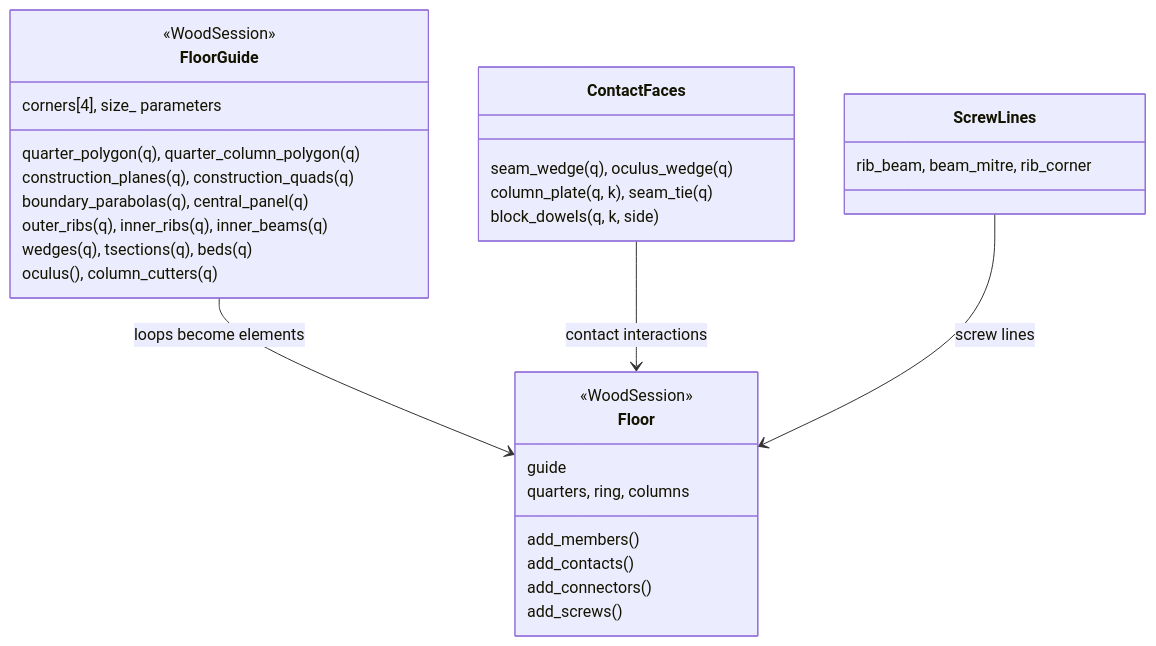
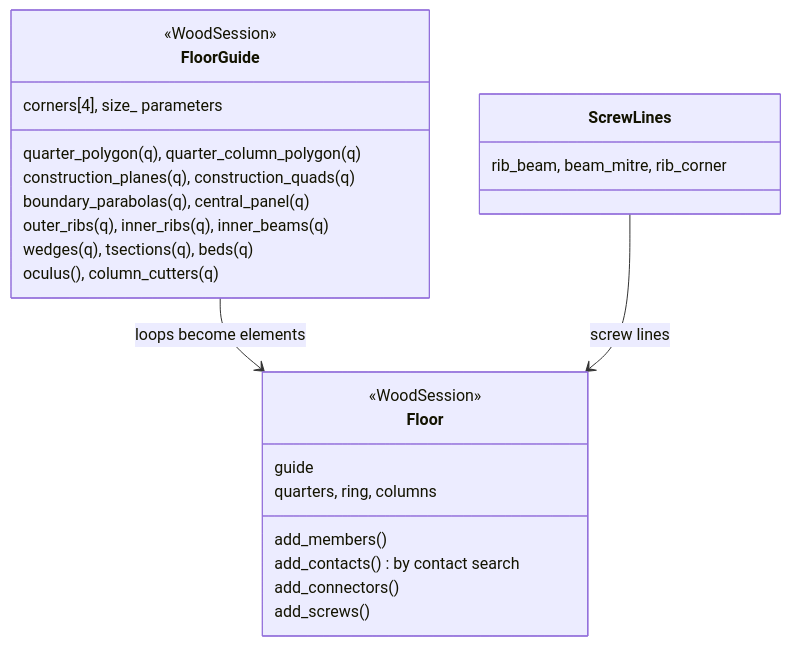
The diagram in docs/templates/floor.md (petrasvestartas/wood), drawn with Mermaid before and after one commit. The commit also changed 4 other files, not shown here.

First line of the commit message:
wood: the floor finds its contacts by the session's search, as compas_tf's examples do

````diff
--- a/docs/templates/floor.md
+++ b/docs/templates/floor.md
@@ -38,34 +38,28 @@
 ```mermaid
 classDiagram
     direction TB
     class FloorGuide {
         <<WoodSession>>
         corners[4], size_ parameters
         quarter_polygon(q), quarter_column_polygon(q)
         construction_planes(q), construction_quads(q)
         boundary_parabolas(q), central_panel(q)
         outer_ribs(q), inner_ribs(q), inner_beams(q)
         wedges(q), tsections(q), beds(q)
         oculus(), column_cutters(q)
     }
     class Floor {
         <<WoodSession>>
         guide
         quarters, ring, columns
         add_members()
-        add_contacts()
+        add_contacts() by contact search
         add_connectors()
         add_screws()
-    }
-    class ContactFaces {
-        seam_wedge(q), oculus_wedge(q)
-        column_plate(q, k), seam_tie(q)
-        block_dowels(q, k, side)
     }
     class ScrewLines {
         rib_beam, beam_mitre, rib_corner
     }
     FloorGuide --> Floor : loops become elements
-    ContactFaces --> Floor : contact interactions
     ScrewLines --> Floor : screw lines
 ```
````
